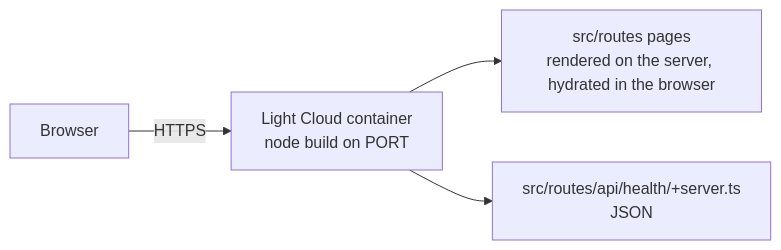
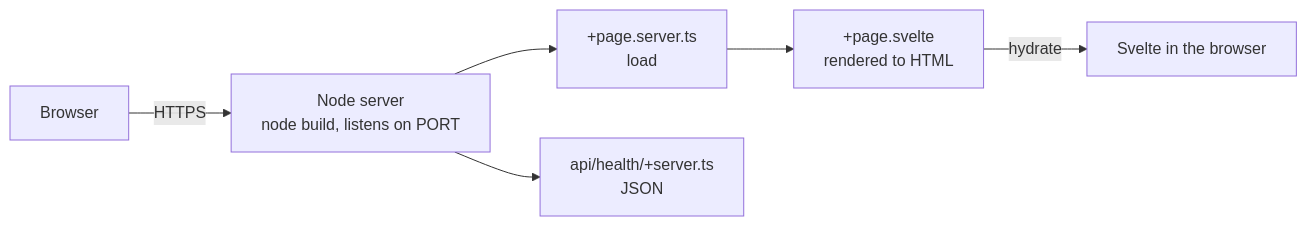
One commit to light-cloud-com/templates changed the diagram in starters/starter-sveltekit/README.md. Above: the diagram before and after it, drawn with Mermaid. The commit also changed other lines of this file and 2 other files, not shown here.

First line of the commit message:
README: SvelteKit Node adapter starter landing page

````diff
--- a/starters/starter-sveltekit/README.md
+++ b/starters/starter-sveltekit/README.md
@@ -28,6 +123,8 @@
 ```mermaid
 flowchart LR
-    browser["Browser"] -->|HTTPS| server["Light Cloud container<br/>node build on PORT"]
-    server --> pages["src/routes pages<br/>rendered on the server, hydrated in the browser"]
-    server --> api["src/routes/api/health/+server.ts<br/>JSON"]
+    browser["Browser"] -->|HTTPS| server["Node server<br/>node build, listens on PORT"]
+    server --> load["+page.server.ts<br/>load"]
+    load --> page["+page.svelte<br/>rendered to HTML"]
+    server --> api["api/health/+server.ts<br/>JSON"]
+    page -->|hydrate| svelte["Svelte in the browser"]
 ```
````
